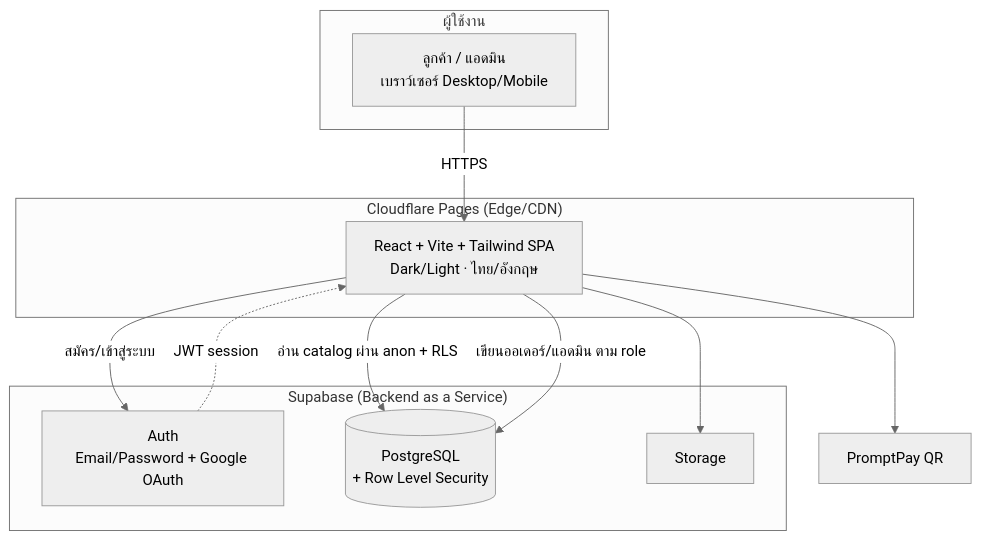
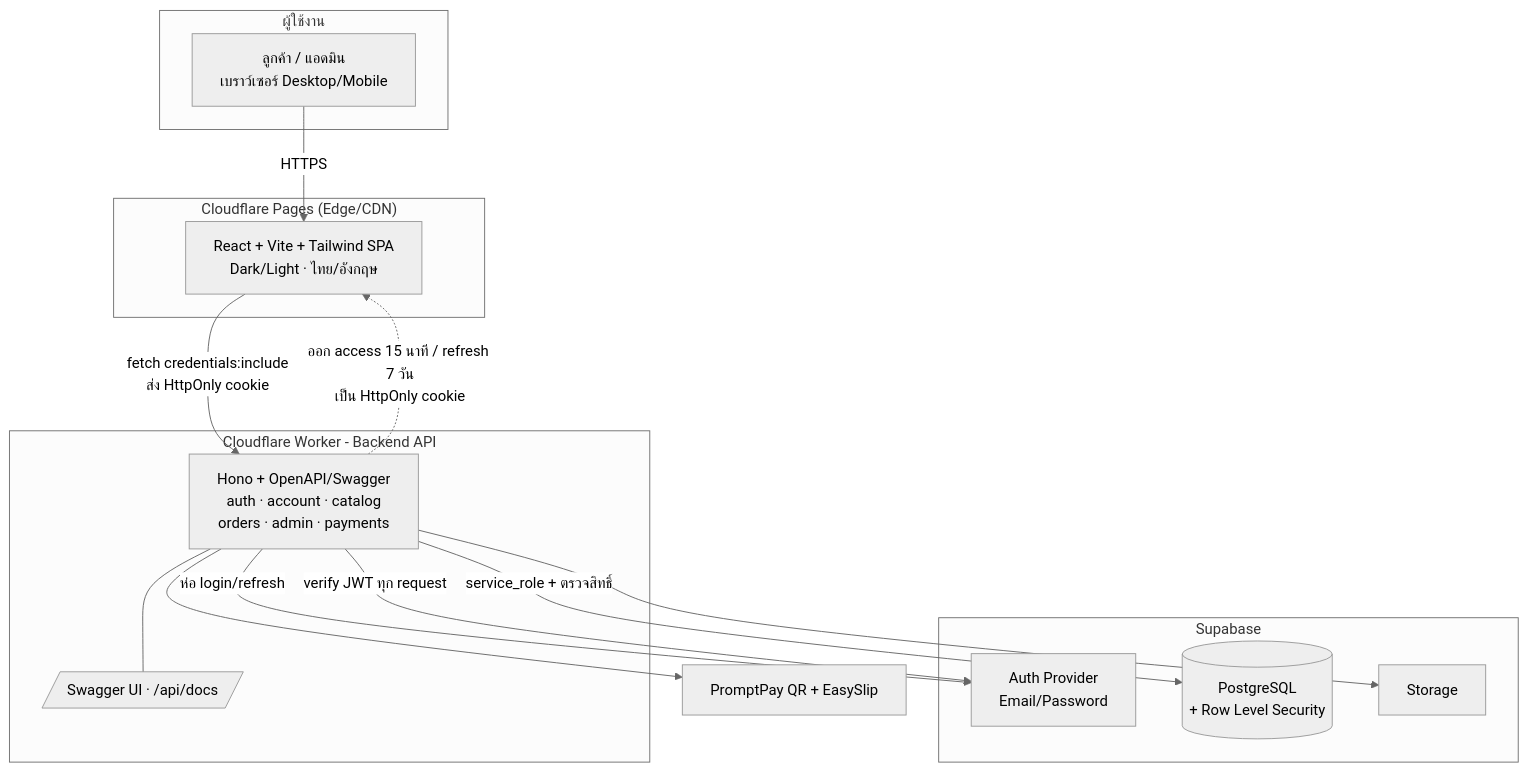
The first of 3 diagrams in README.md (Nol2way/bm-computer), drawn with Mermaid (neutral theme) before and after one commit. The commit also changed other lines of this file and 48 other files, not shown here.

````diff
--- a/README.md
+++ b/README.md
@@ -97,26 +99,33 @@
 ```mermaid
 graph TD
     subgraph Client["ผู้ใช้งาน"]
         U[ลูกค้า / แอดมิน<br/>เบราว์เซอร์ Desktop/Mobile]
     end
 
     subgraph Edge["Cloudflare Pages (Edge/CDN)"]
         FE[React + Vite + Tailwind SPA<br/>Dark/Light · ไทย/อังกฤษ]
     end
 
-    subgraph Supabase["Supabase (Backend as a Service)"]
-        AUTH[Auth<br/>Email/Password + Google OAuth]
+    subgraph Worker["Cloudflare Worker - Backend API"]
+        API[Hono + OpenAPI/Swagger<br/>auth · account · catalog<br/>orders · admin · payments]
+        DOCS[/Swagger UI · /api/docs/]
+    end
+
+    subgraph Supabase["Supabase"]
+        AUTHP[Auth Provider<br/>Email/Password]
         DB[(PostgreSQL<br/>+ Row Level Security)]
         ST[Storage]
     end
 
-    PAY[PromptPay QR]
+    PAY[PromptPay QR + EasySlip]
 
     U -->|HTTPS| FE
-    FE -->|สมัคร/เข้าสู่ระบบ| AUTH
-    FE -->|อ่าน catalog ผ่าน anon + RLS| DB
-    FE -->|เขียนออเดอร์/แอดมิน ตาม role| DB
-    AUTH -. JWT session .-> FE
-    FE --> ST
-    FE --> PAY
+    FE -->|fetch credentials:include<br/>ส่ง HttpOnly cookie| API
+    API -. ออก access 15 นาที / refresh 7 วัน<br/>เป็น HttpOnly cookie .-> FE
+    API -->|ห่อ login/refresh| AUTHP
+    API -->|service_role + ตรวจสิทธิ์| DB
+    API -->|verify JWT ทุก request| AUTHP
+    API --> ST
+    API --> PAY
+    API --- DOCS
 ```
````
